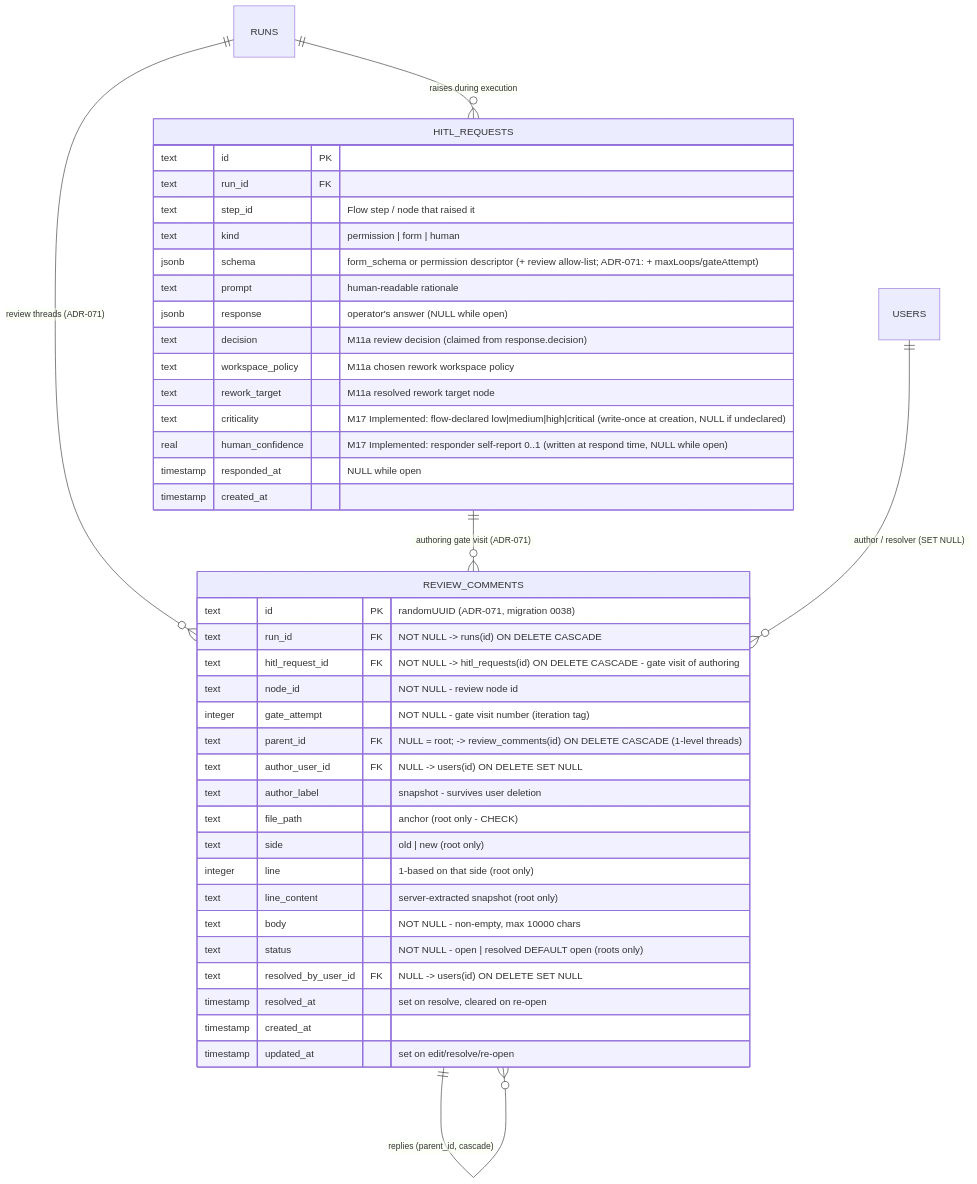
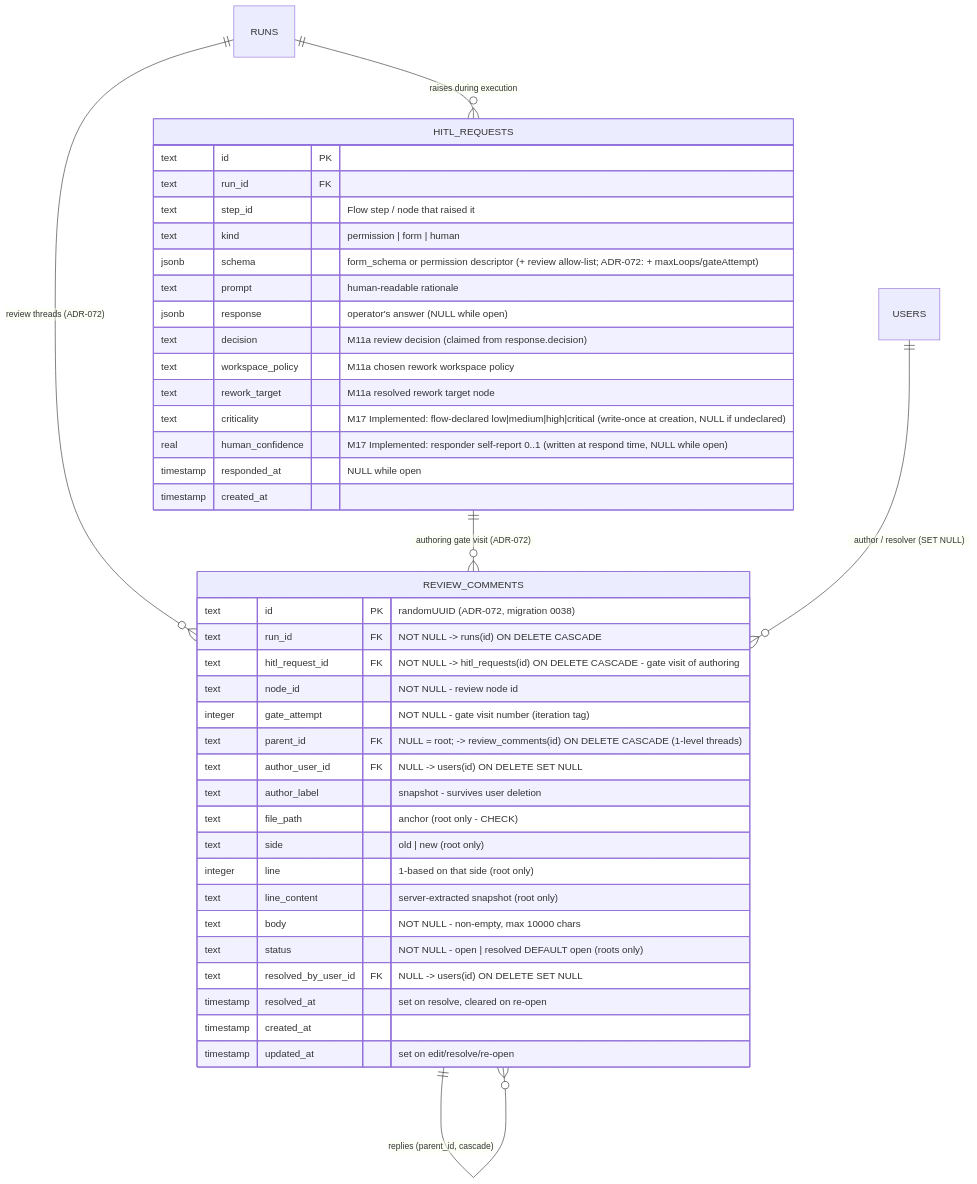
Before and after one commit to maister-dev/maister: the first of 2 diagrams in docs/db/hitl-domain.md, drawn with Mermaid. The commit also changed other lines of this file and 42 other files, not shown here.

First line of the commit message:
chore(review-comments): renumber ADR-071→072, migration 0038→0039 (collision fix)

````diff
--- a/docs/db/hitl-domain.md
+++ b/docs/db/hitl-domain.md
@@ -10,46 +10,46 @@
 ```mermaid
 erDiagram
     RUNS ||--o{ HITL_REQUESTS : "raises during execution"
-    RUNS ||--o{ REVIEW_COMMENTS : "review threads (ADR-071)"
-    HITL_REQUESTS ||--o{ REVIEW_COMMENTS : "authoring gate visit (ADR-071)"
+    RUNS ||--o{ REVIEW_COMMENTS : "review threads (ADR-072)"
+    HITL_REQUESTS ||--o{ REVIEW_COMMENTS : "authoring gate visit (ADR-072)"
     USERS ||--o{ REVIEW_COMMENTS : "author / resolver (SET NULL)"
     REVIEW_COMMENTS ||--o{ REVIEW_COMMENTS : "replies (parent_id, cascade)"
 
     HITL_REQUESTS {
         text id PK
         text run_id FK
         text step_id "Flow step / node that raised it"
         text kind "permission | form | human"
-        jsonb schema "form_schema or permission descriptor (+ review allow-list; ADR-071: + maxLoops/gateAttempt)"
+        jsonb schema "form_schema or permission descriptor (+ review allow-list; ADR-072: + maxLoops/gateAttempt)"
         text prompt "human-readable rationale"
         jsonb response "operator's answer (NULL while open)"
         text decision "M11a review decision (claimed from response.decision)"
         text workspace_policy "M11a chosen rework workspace policy"
         text rework_target "M11a resolved rework target node"
         text criticality "M17 Implemented: flow-declared low|medium|high|critical (write-once at creation, NULL if undeclared)"
         real human_confidence "M17 Implemented: responder self-report 0..1 (written at respond time, NULL while open)"
         timestamp responded_at "NULL while open"
         timestamp created_at
     }
 
     REVIEW_COMMENTS {
-        text id PK "randomUUID (ADR-071, migration 0038)"
+        text id PK "randomUUID (ADR-072, migration 0038)"
         text run_id FK "NOT NULL -> runs(id) ON DELETE CASCADE"
         text hitl_request_id FK "NOT NULL -> hitl_requests(id) ON DELETE CASCADE - gate visit of authoring"
         text node_id "NOT NULL - review node id"
         integer gate_attempt "NOT NULL - gate visit number (iteration tag)"
         text parent_id FK "NULL = root; -> review_comments(id) ON DELETE CASCADE (1-level threads)"
         text author_user_id FK "NULL -> users(id) ON DELETE SET NULL"
         text author_label "snapshot - survives user deletion"
         text file_path "anchor (root only - CHECK)"
         text side "old | new (root only)"
         integer line "1-based on that side (root only)"
         text line_content "server-extracted snapshot (root only)"
         text body "NOT NULL - non-empty, max 10000 chars"
         text status "NOT NULL - open | resolved DEFAULT open (roots only)"
         text resolved_by_user_id FK "NULL -> users(id) ON DELETE SET NULL"
         timestamp resolved_at "set on resolve, cleared on re-open"
         timestamp created_at
         timestamp updated_at "set on edit/resolve/re-open"
     }
 ```
````
